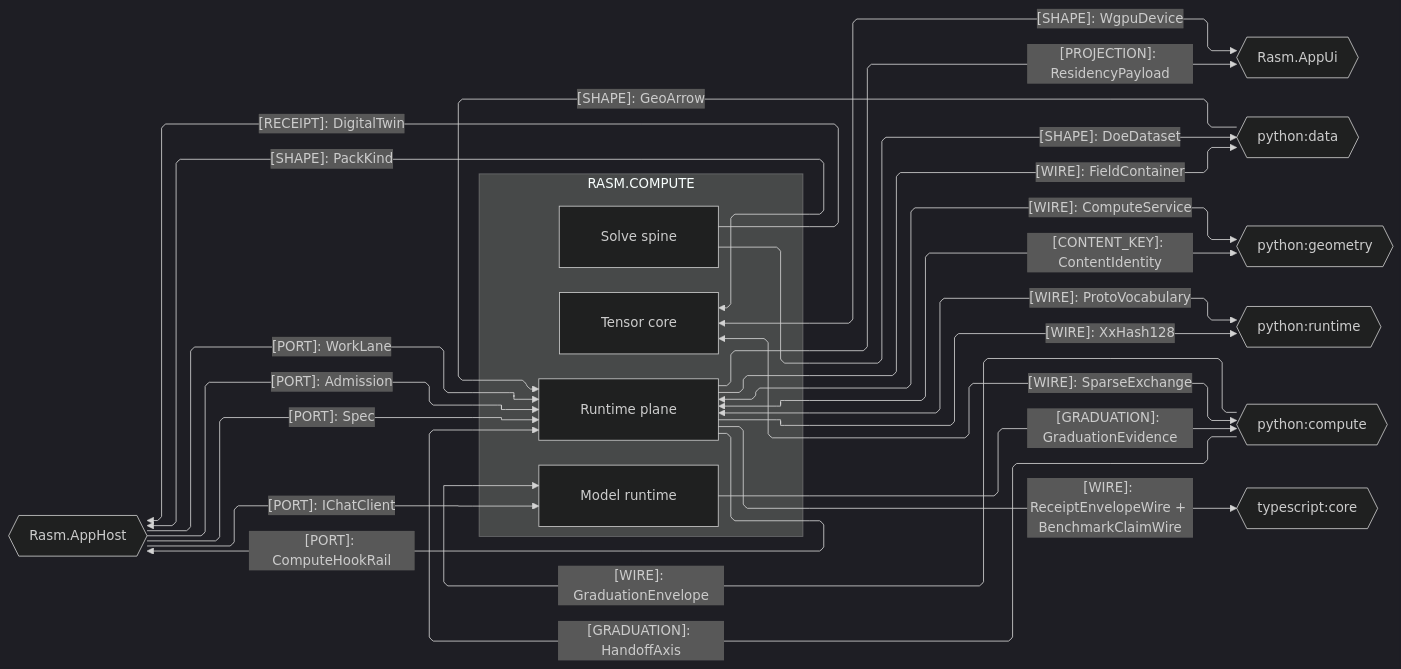
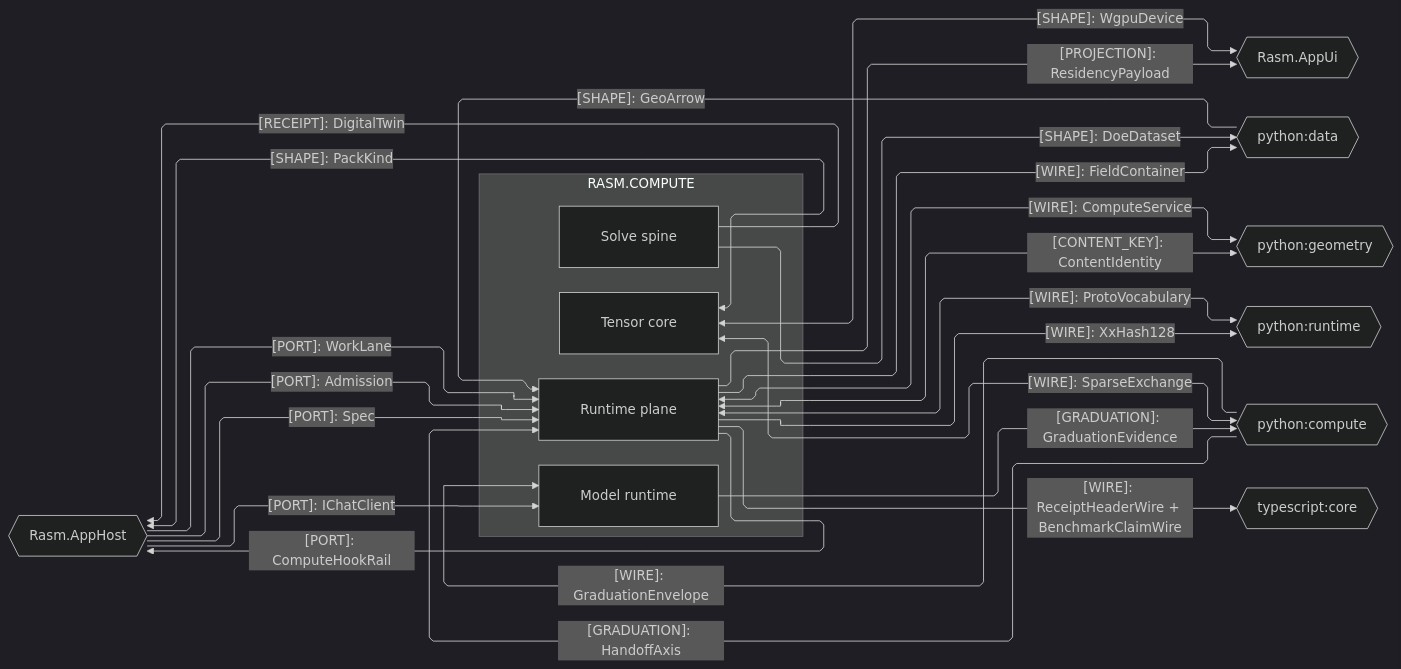
Before and after one commit to bsamiee/Rasm: the third of 4 diagrams in libs/csharp/Rasm.Compute/ARCHITECTURE.md, drawn with Mermaid (dark theme). The commit also changed 571 other files, not shown here.

````diff
--- a/libs/csharp/Rasm.Compute/ARCHITECTURE.md
+++ b/libs/csharp/Rasm.Compute/ARCHITECTURE.md
@@ -221,46 +221,46 @@
 ```mermaid
 ---
 config:
   layout: elk
   flowchart:
     curve: linear
     padding: 25
 ---
 flowchart LR
     accTitle: Compute platform and cross-runtime seams
     accDescr: Compute owners exchanging port, receipt, projection, wire, content-key, and graduation contracts with platform and cross-runtime peers.
     subgraph compute[RASM.COMPUTE]
         Model[Model runtime]
         Tensor[Tensor core]
         Solver[Solve spine]
         Runtime[Runtime plane]
     end
     AppHost{{Rasm.AppHost}}
     AppUi{{Rasm.AppUi}}
     Data{{python:data}}
     Geometry{{python:geometry}}
     PyRuntime{{python:runtime}}
     Compute{{python:compute}}
     Core{{typescript:core}}
     AppHost e1@-->|"[PORT]: WorkLane"| Runtime
     AppHost e2@-->|"[PORT]: IChatClient"| Model
     AppHost e3@-->|"[PORT]: Admission"| Runtime
     AppHost e4@-->|"[PORT]: Spec"| Runtime
     Solver e5@-->|"[RECEIPT]: DigitalTwin"| AppHost
     Tensor e6@<-->|"[SHAPE]: PackKind"| AppHost
     Runtime e7@-->|"[PORT]: ComputeHookRail"| AppHost
     Runtime e8@-->|"[PROJECTION]: ResidencyPayload"| AppUi
     Tensor e9@<-->|"[SHAPE]: WgpuDevice"| AppUi
     Runtime e10@<-->|"[WIRE]: ComputeService"| Geometry
     Runtime e11@<-->|"[CONTENT_KEY]: ContentIdentity"| Geometry
     Runtime e12@<-->|"[WIRE]: ProtoVocabulary"| PyRuntime
     Runtime e13@-->|"[WIRE]: XxHash128"| PyRuntime
     Compute e14@-->|"[GRADUATION]: HandoffAxis"| Runtime
     Model e15@-->|"[GRADUATION]: GraduationEvidence"| Compute
     Solver e16@-->|"[SHAPE]: DoeDataset"| Data
     Data e17@-->|"[SHAPE]: GeoArrow"| Runtime
-    Runtime e18@-->|"[WIRE]: ReceiptEnvelopeWire + BenchmarkClaimWire"| Core
+    Runtime e18@-->|"[WIRE]: ReceiptHeaderWire + BenchmarkClaimWire"| Core
     Runtime e19@-->|"[WIRE]: FieldContainer"| Data
     Compute e20@-->|"[WIRE]: GraduationEnvelope"| Model
     Tensor e21@<-->|"[WIRE]: SparseExchange"| Compute
 ```
````
